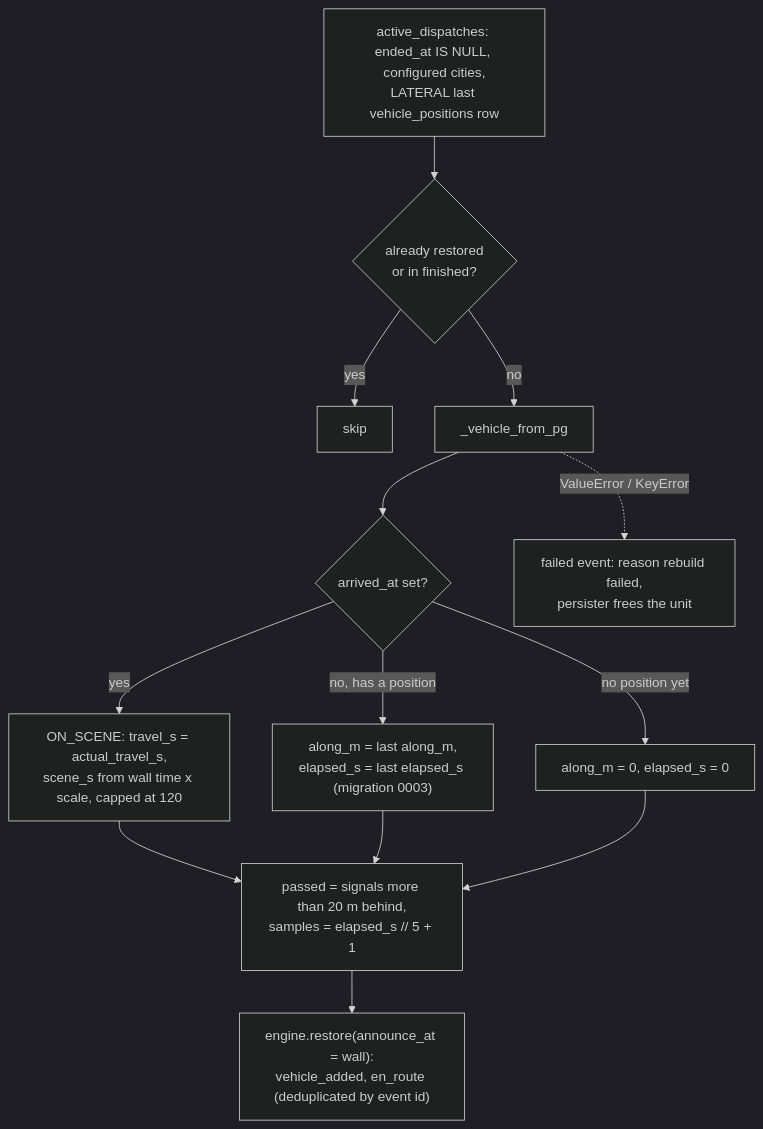
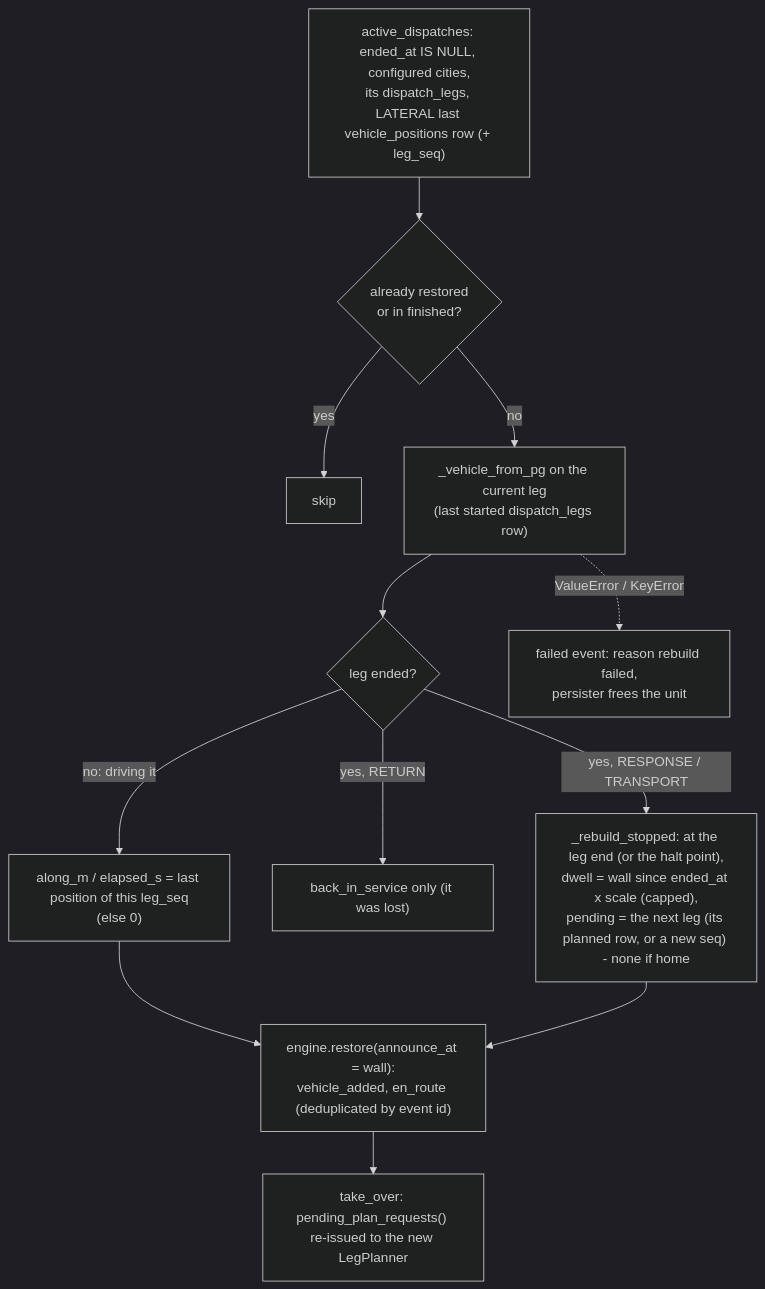
Before and after one commit to amanaanubhav/divert-ai: the seventh of 12 diagrams in docs/knowledge-bank/07-runtime-workflows.md, drawn with Mermaid (dark theme). The commit also changed other lines of this file and 7 other files, not shown here.

````diff
--- a/docs/knowledge-bank/07-runtime-workflows.md
+++ b/docs/knowledge-bank/07-runtime-workflows.md
@@ -491,15 +509,14 @@
 ```mermaid
 flowchart TD
-    Q["active_dispatches: ended_at IS NULL, configured cities,<br/>LATERAL last vehicle_positions row"] --> S{"already restored<br/>or in finished?"}
+    Q["active_dispatches: ended_at IS NULL, configured cities,<br/>its dispatch_legs, LATERAL last vehicle_positions row (+ leg_seq)"] --> S{"already restored<br/>or in finished?"}
     S -- "yes" --> SKIP["skip"]
-    S -- "no" --> B["_vehicle_from_pg"]
-    B --> A{"arrived_at set?"}
-    A -- "yes" --> ONS["ON_SCENE: travel_s = actual_travel_s,<br/>scene_s from wall time x scale, capped at 120"]
-    A -- "no, has a position" --> POS["along_m = last along_m,<br/>elapsed_s = last elapsed_s (migration 0003)"]
-    A -- "no position yet" --> ZERO["along_m = 0, elapsed_s = 0"]
-    ONS --> P["passed = signals more than 20 m behind,<br/>samples = elapsed_s // 5 + 1"]
-    POS --> P
-    ZERO --> P
-    P --> R["engine.restore(announce_at = wall):<br/>vehicle_added, en_route (deduplicated by event id)"]
+    S -- "no" --> B["_vehicle_from_pg on the current leg<br/>(last started dispatch_legs row)"]
+    B --> E{"leg ended?"}
+    E -- "no: driving it" --> POS["along_m / elapsed_s = last position of this leg_seq<br/>(else 0)"]
+    E -- "yes, RETURN" --> BIS["back_in_service only (it was lost)"]
+    E -- "yes, RESPONSE / TRANSPORT" --> STOP["_rebuild_stopped: at the leg end (or the halt point),<br/>dwell = wall since ended_at x scale (capped),<br/>pending = the next leg (its planned row, or a new seq) - none if home"]
+    POS --> R["engine.restore(announce_at = wall):<br/>vehicle_added, en_route (deduplicated by event id)"]
+    STOP --> R
+    R --> RE["take_over: pending_plan_requests() re-issued to the new LegPlanner"]
     B -. "ValueError / KeyError" .-> F["failed event: reason rebuild failed,<br/>persister frees the unit"]
 ```
````
